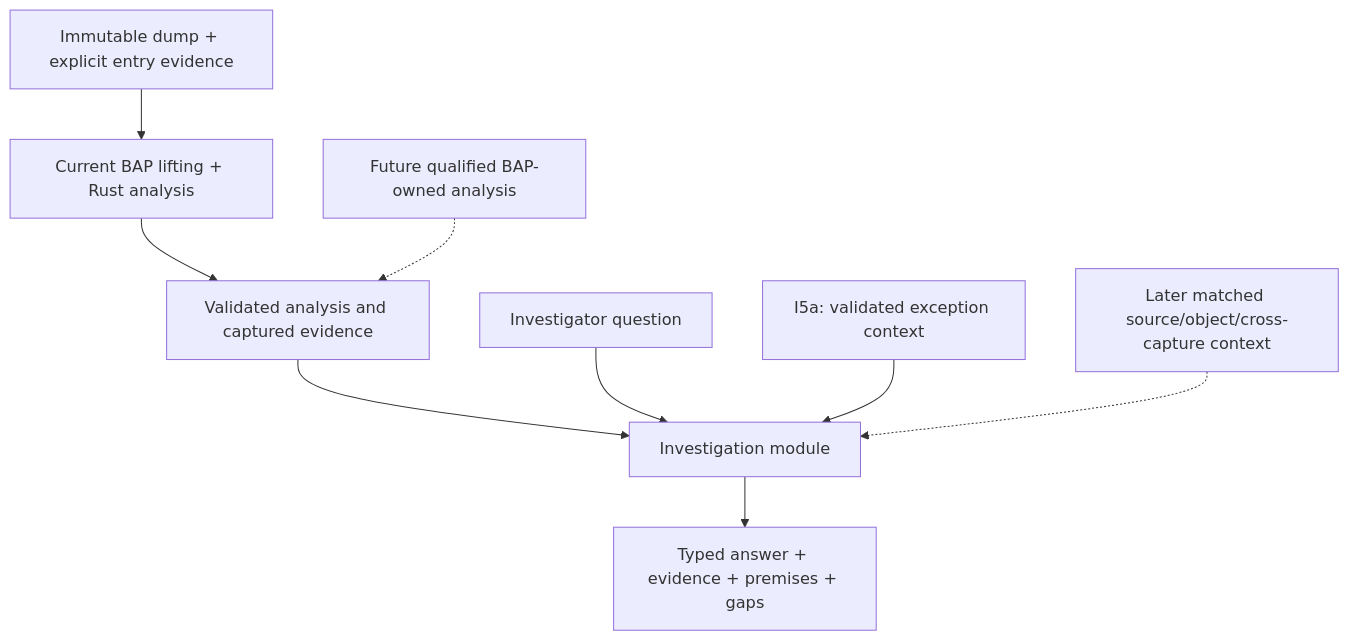
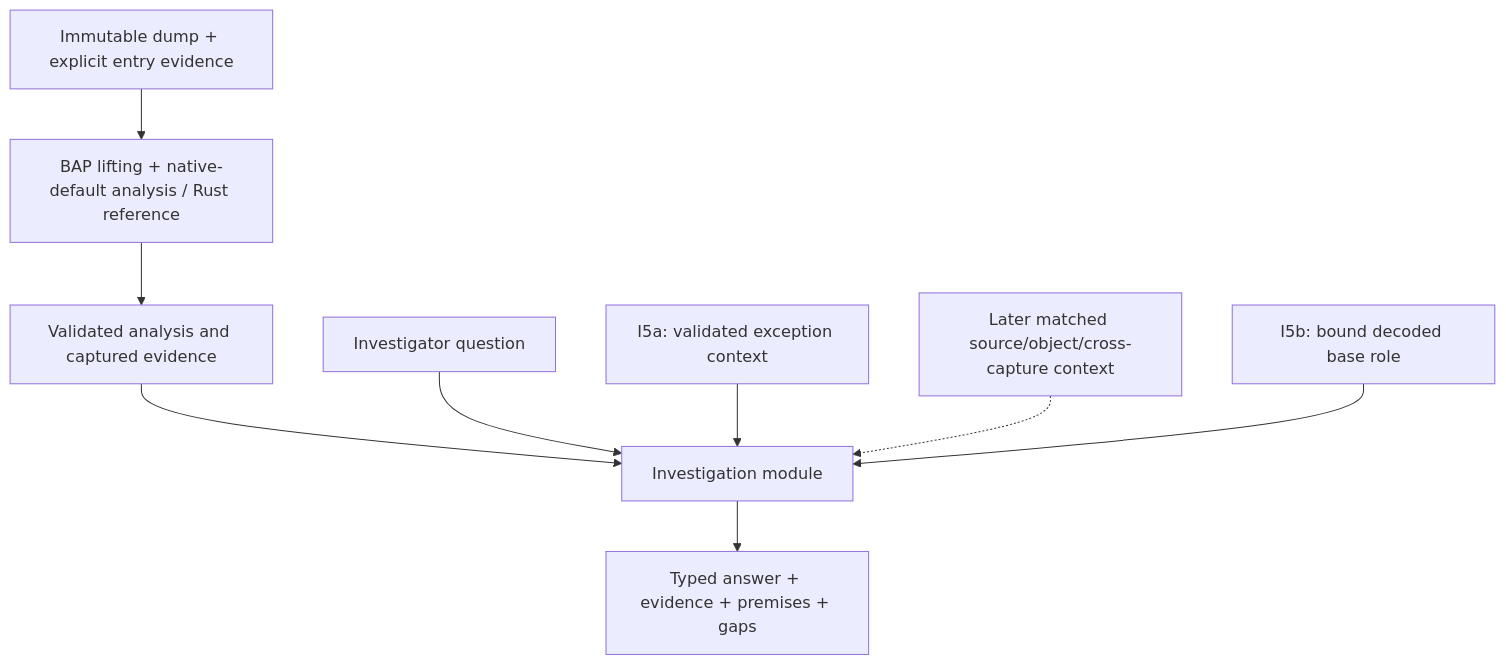
Before and after one commit to NzSN/Ariadne: the diagram in docs/Ariadne/investigation-layer-design.md, drawn with Mermaid. The commit also changed other lines of this file and 116 other files, not shown here.

````diff
--- a/docs/Ariadne/investigation-layer-design.md
+++ b/docs/Ariadne/investigation-layer-design.md
@@ -55,11 +60,11 @@
 ```mermaid
 flowchart TD
-    Capture["Immutable dump + explicit entry evidence"] --> Current["Current BAP lifting + Rust analysis"]
+    Capture["Immutable dump + explicit entry evidence"] --> Current["BAP lifting + native-default analysis / Rust reference"]
     Current --> Facts["Validated analysis and captured evidence"]
     Facts --> Investigation["Investigation module"]
     Question["Investigator question"] --> Investigation
     FaultContext["I5a: validated exception context"] --> Investigation
     Context["Later matched source/object/cross-capture context"] -.-> Investigation
-    Future["Future qualified BAP-owned analysis"] -.-> Facts
+    BaseRole["I5b: bound decoded base role"] --> Investigation
     Investigation --> Explanation["Typed answer + evidence + premises + gaps"]
 ```
````
